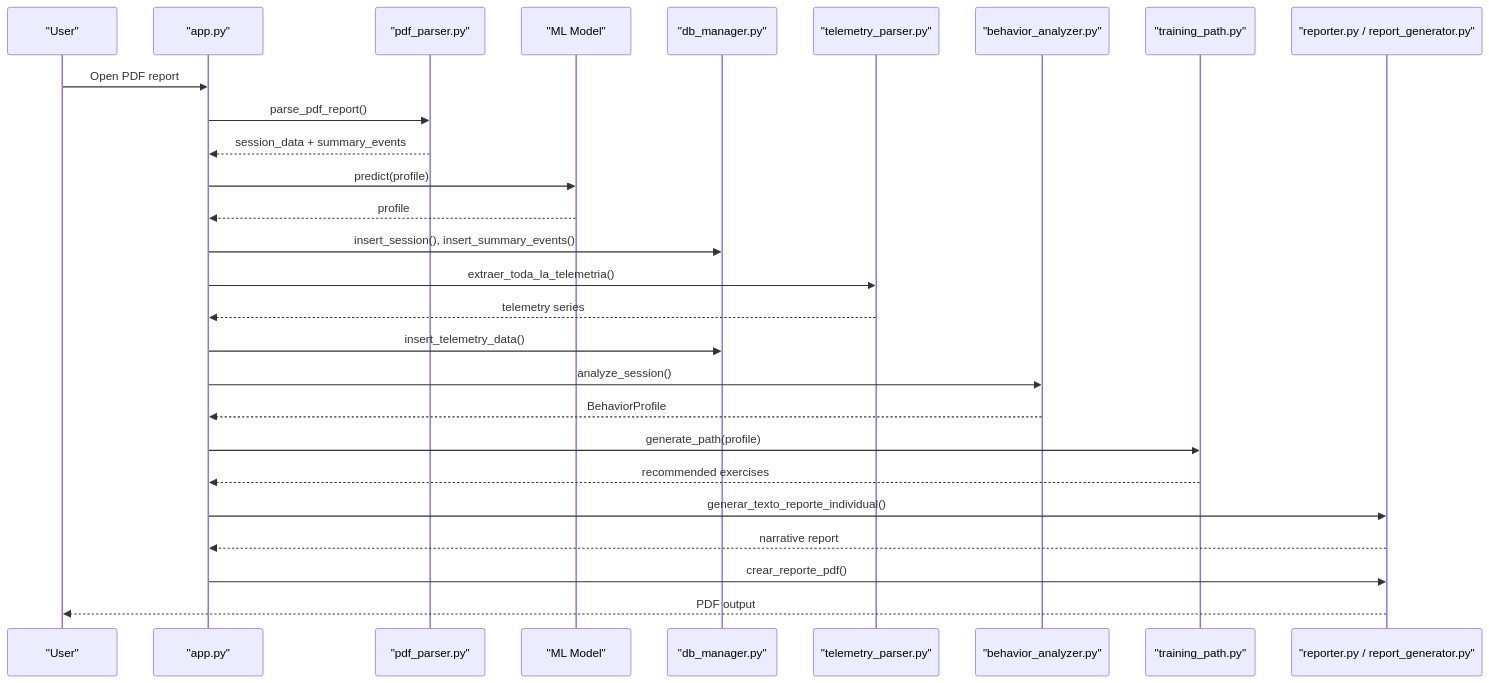
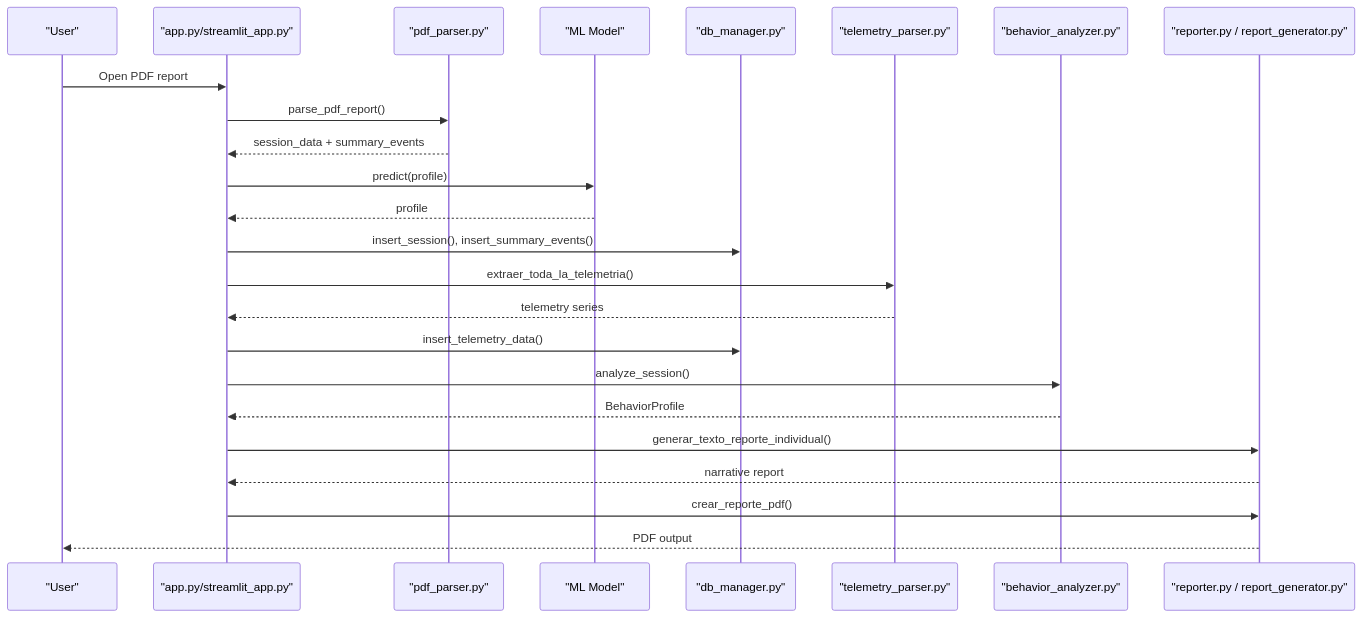
One commit to AgusCatra/Proyecto-titan.v2 changed the second of 9 diagrams in .qoder/repowiki/en/content/Core Processing Engine/Training Management.md. Above: the diagram before and after it, drawn with Mermaid. The commit also changed other lines of this file and 36 other files, not shown here.

````diff
--- a/.qoder/repowiki/en/content/Core Processing Engine/Training Management.md
+++ b/.qoder/repowiki/en/content/Core Processing Engine/Training Management.md
@@ -85,29 +108,26 @@
 ```mermaid
 sequenceDiagram
 participant User as "User"
-participant App as "app.py"
+participant App as "app.py/streamlit_app.py"
 participant Parser as "pdf_parser.py"
 participant Model as "ML Model"
 participant DB as "db_manager.py"
 participant Telemetry as "telemetry_parser.py"
 participant Analyzer as "behavior_analyzer.py"
-participant Path as "training_path.py"
 participant Reporter as "reporter.py / report_generator.py"
 User->>App : Open PDF report
 App->>Parser : parse_pdf_report()
 Parser-->>App : session_data + summary_events
 App->>Model : predict(profile)
 Model-->>App : profile
 App->>DB : insert_session(), insert_summary_events()
 App->>Telemetry : extraer_toda_la_telemetria()
 Telemetry-->>App : telemetry series
 App->>DB : insert_telemetry_data()
 App->>Analyzer : analyze_session()
 Analyzer-->>App : BehaviorProfile
-App->>Path : generate_path(profile)
-Path-->>App : recommended exercises
 App->>Reporter : generar_texto_reporte_individual()
 Reporter-->>App : narrative report
 App->>Reporter : crear_reporte_pdf()
 Reporter-->>User : PDF output
 ```
````
